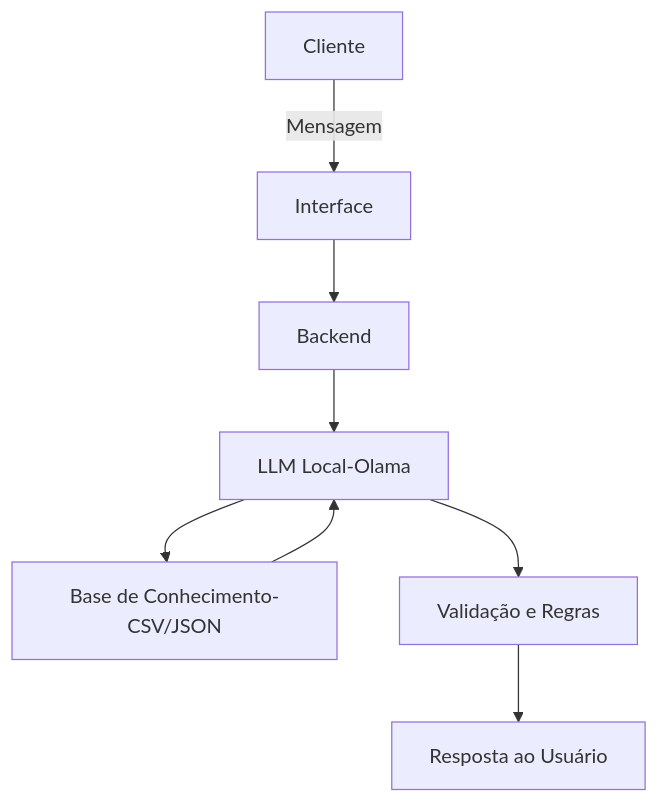
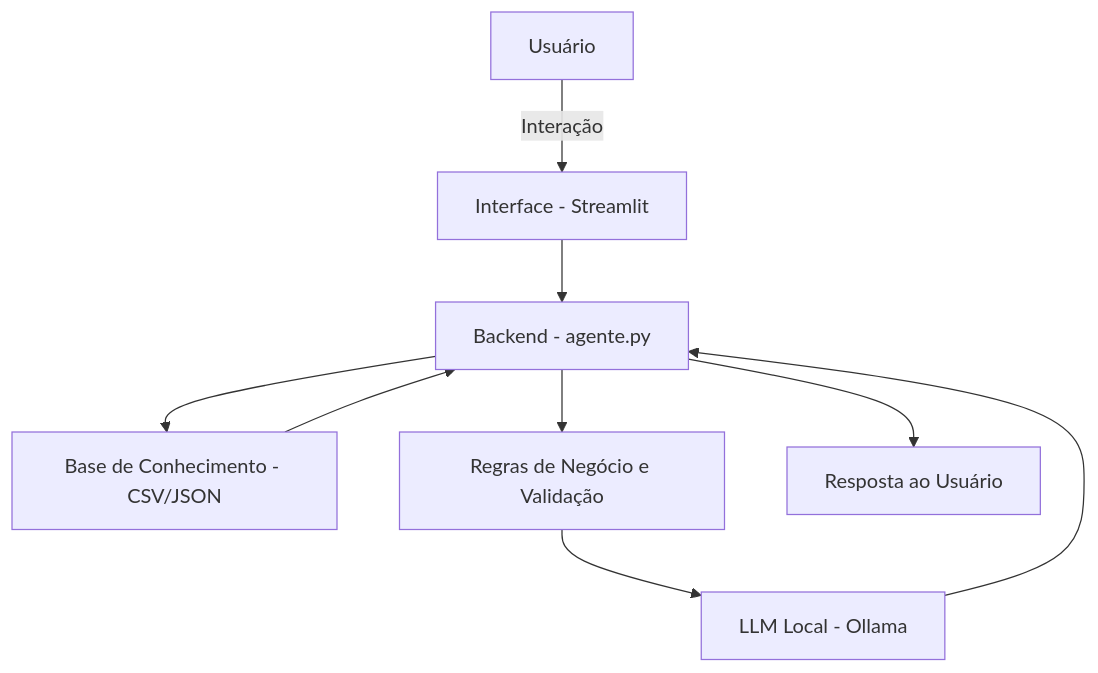
The diagram in docs/1-documentacao_agente.md (Ana-Almeida110/dio-assistente_financeiro_ia), drawn with Mermaid before and after one commit. The commit also changed other lines of this file, not shown here.

First line of the commit message:
Revise examples and architecture details in documentation

````diff
--- a/docs/1-documentacao_agente.md
+++ b/docs/1-documentacao_agente.md
@@ -66,10 +66,11 @@
 ```mermaid
 flowchart TD
-    A[Cliente] -->|Mensagem| B[Interface]
-    B --> C[Backend]
-    C --> D[LLM Local-Olama]
-    D --> E[Base de Conhecimento-CSV/JSON]
-    E --> D
-    D --> F[Validação e Regras]
-    F --> G[Resposta ao Usuário]
+    A[Usuário] -->|Interação| B[Interface - Streamlit]
+    B --> C[Backend - agente.py]
+    C --> D[Base de Conhecimento - CSV/JSON]
+    D --> C
+    C --> E[Regras de Negócio e Validação]
+    E --> F[LLM Local - Ollama]
+    F --> C
+    C --> G[Resposta ao Usuário]
 ```
````
